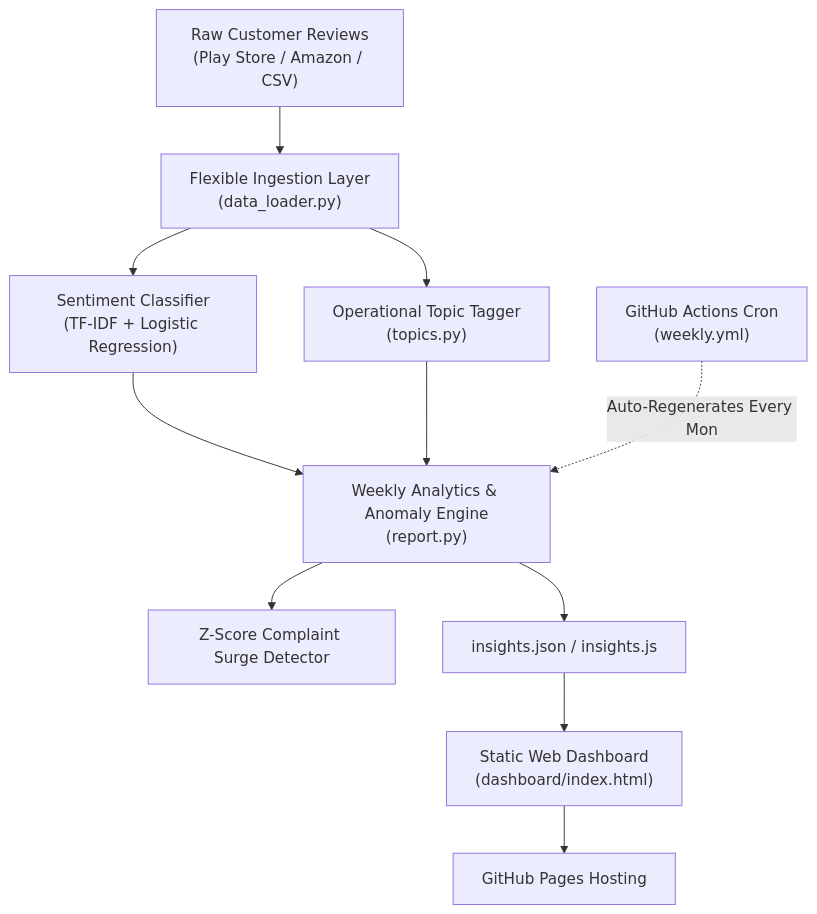
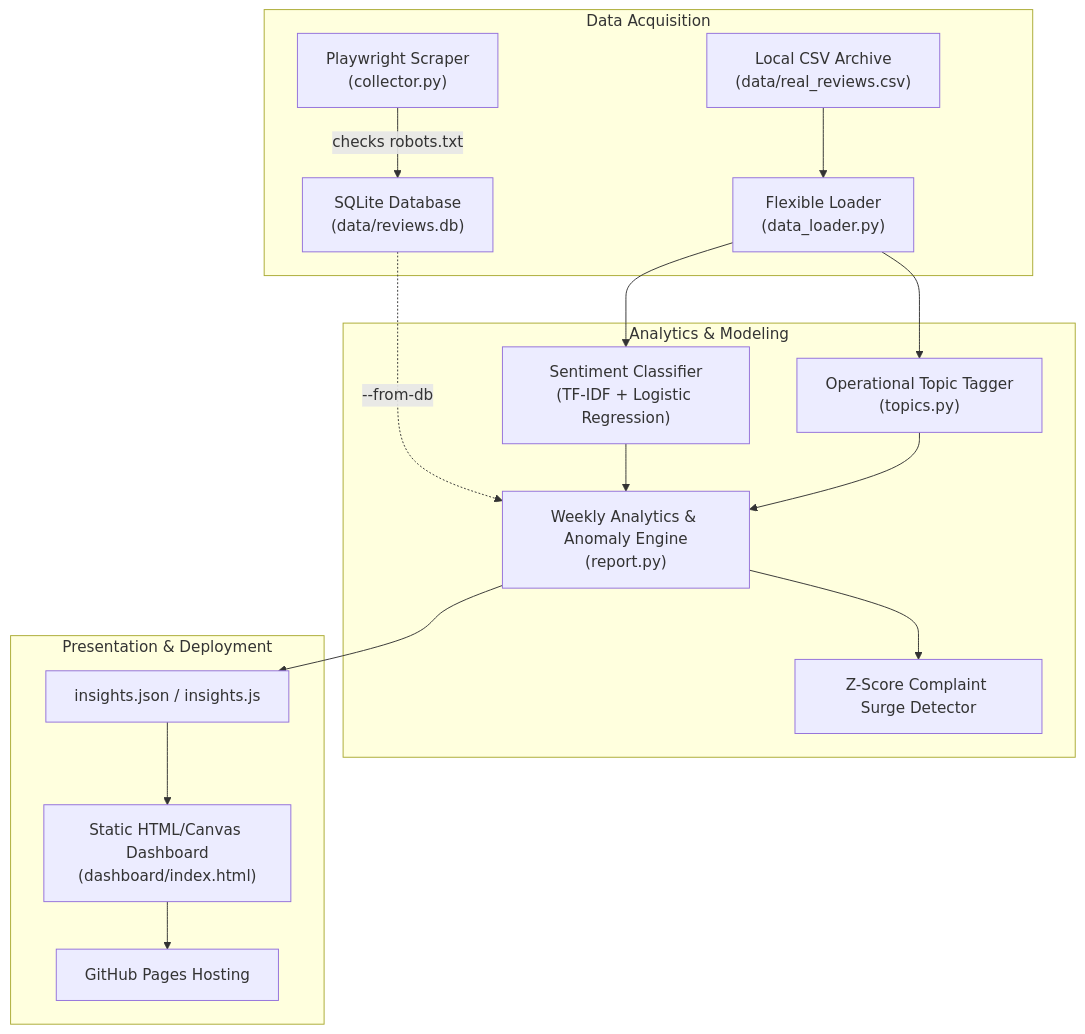
The diagram in README.md (SAKET-SAURABH-07/customer-review-insight-agent), drawn with Mermaid before and after one commit. The commit also changed other lines of this file and 9 other files, not shown here.

````diff
--- a/README.md
+++ b/README.md
@@ -37,12 +54,21 @@
 ```mermaid
 flowchart TD
-    A["Raw Customer Reviews<br/>(Play Store / Amazon / CSV)"] --> B["Flexible Ingestion Layer<br/>(data_loader.py)"]
-    B --> C["Sentiment Classifier<br/>(TF-IDF + Logistic Regression)"]
-    B --> D["Operational Topic Tagger<br/>(topics.py)"]
-    C & D --> E["Weekly Analytics & Anomaly Engine<br/>(report.py)"]
-    E --> F["Z-Score Complaint Surge Detector"]
-    E --> G["insights.json / insights.js"]
-    G --> H["Static Web Dashboard<br/>(dashboard/index.html)"]
-    H --> I["GitHub Pages Hosting"]
-    J["GitHub Actions Cron<br/>(weekly.yml)"] -.->|Auto-Regenerates Every Mon| E
+    subgraph Data Acquisition
+        A["Playwright Scraper<br/>(collector.py)"] -->|checks robots.txt| B["SQLite Database<br/>(data/reviews.db)"]
+        C["Local CSV Archive<br/>(data/real_reviews.csv)"] --> D["Flexible Loader<br/>(data_loader.py)"]
+    end
+
+    subgraph Analytics & Modeling
+        D --> E["Sentiment Classifier<br/>(TF-IDF + Logistic Regression)"]
+        D --> F["Operational Topic Tagger<br/>(topics.py)"]
+        B -.->|--from-db| G["Weekly Analytics & Anomaly Engine<br/>(report.py)"]
+        E & F --> G
+        G --> H["Z-Score Complaint Surge Detector"]
+    end
+
+    subgraph Presentation & Deployment
+        G --> I["insights.json / insights.js"]
+        I --> J["Static HTML/Canvas Dashboard<br/>(dashboard/index.html)"]
+        J --> K["GitHub Pages Hosting"]
+    end
 ```
````
